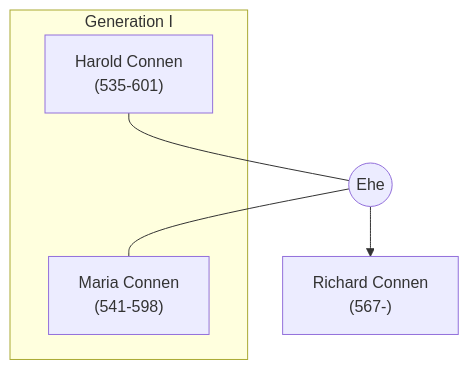
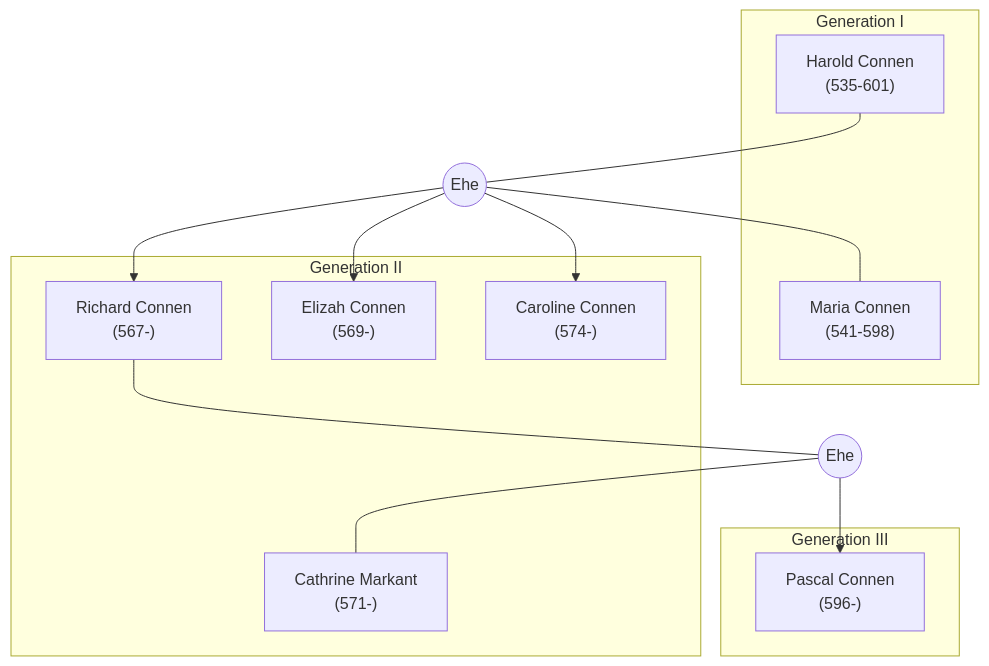
The diagram in content/charaktere/familien/connen.md (TheFabzie/book_lore), drawn with Mermaid before and after one commit.

Commit message:
Stammbaum

````diff
--- a/content/charaktere/familien/connen.md
+++ b/content/charaktere/familien/connen.md
@@ -7,15 +7,41 @@
 ```mermaid
+
 graph TD
+%% Haus Connen
+
 subgraph Gen1["Generation I"]
   harold_connen["Harold Connen<br/>(535-601)"]
   maria_connen["Maria Connen<br/>(541-598)"]
 end
 
 harold_connen --- e1((Ehe)) --- maria_connen
-e1 --> richard_connen["Richard Connen<br/>(567-)"]
+
+subgraph Gen2["Generation II"]
+  richard_connen["Richard Connen<br/>(567-)"]
+  elizah_connen["Elizah Connen<br/>(569-)"]
+  caroline_connen["Caroline Connen<br/>(574-)"]
+  cathrine_markant["Cathrine Markant<br/>(571-)"]
+end
+
+e1 --> richard_connen
+e1 --> elizah_connen
+e1 --> caroline_connen
+
+richard_connen --- e2((Ehe)) --- cathrine_markant
+
+subgraph Gen3["Generation III"]
+  pascal_connen["Pascal Connen<br/>(596-)"]
+end
+
+e2 --> pascal_connen
 
 click harold_connen "/charaktere/harold-connen"
 click maria_connen "/charaktere/maria-connen"
 click richard_connen "/charaktere/richard-connen"
+click elizah_connen "/charaktere/elizah-connen"
+click caroline_connen "/charaktere/caroline-connen"
+click cathrine_markant "/charaktere/cathrine-markant"
+click pascal_connen "/charaktere/pascal-connen"
+
 
 ```
````
